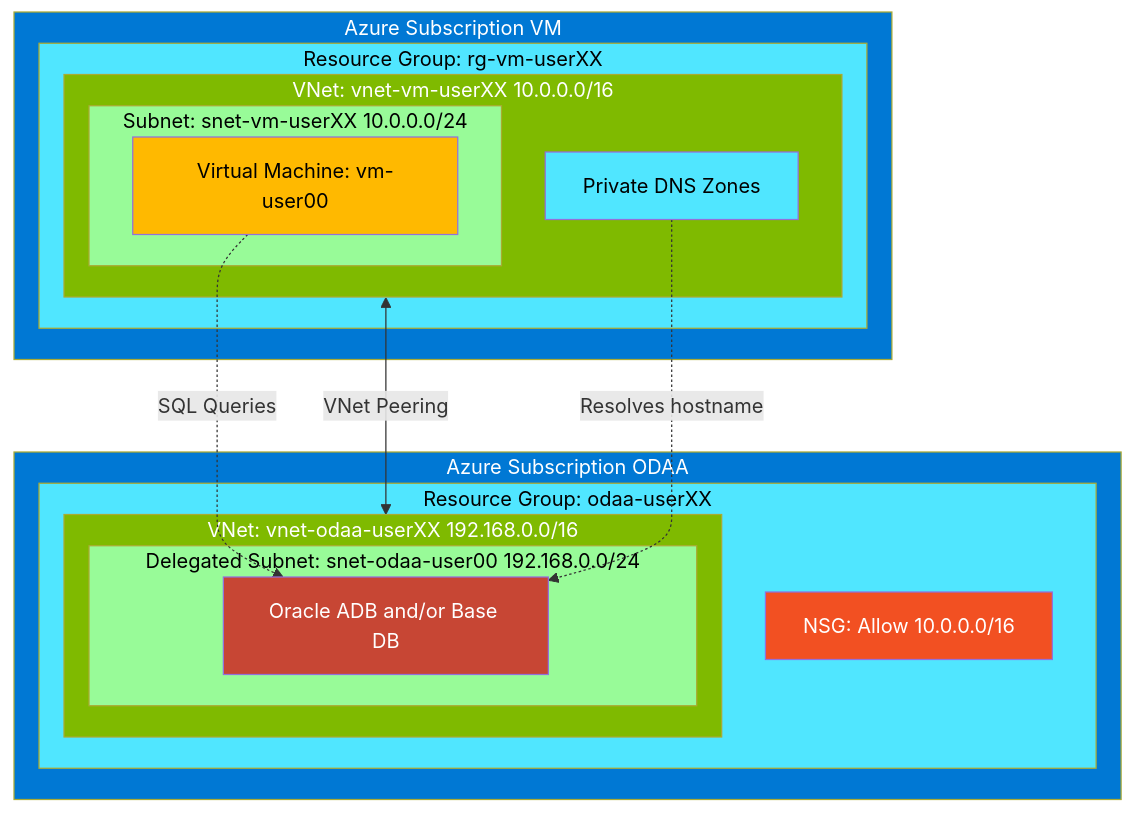
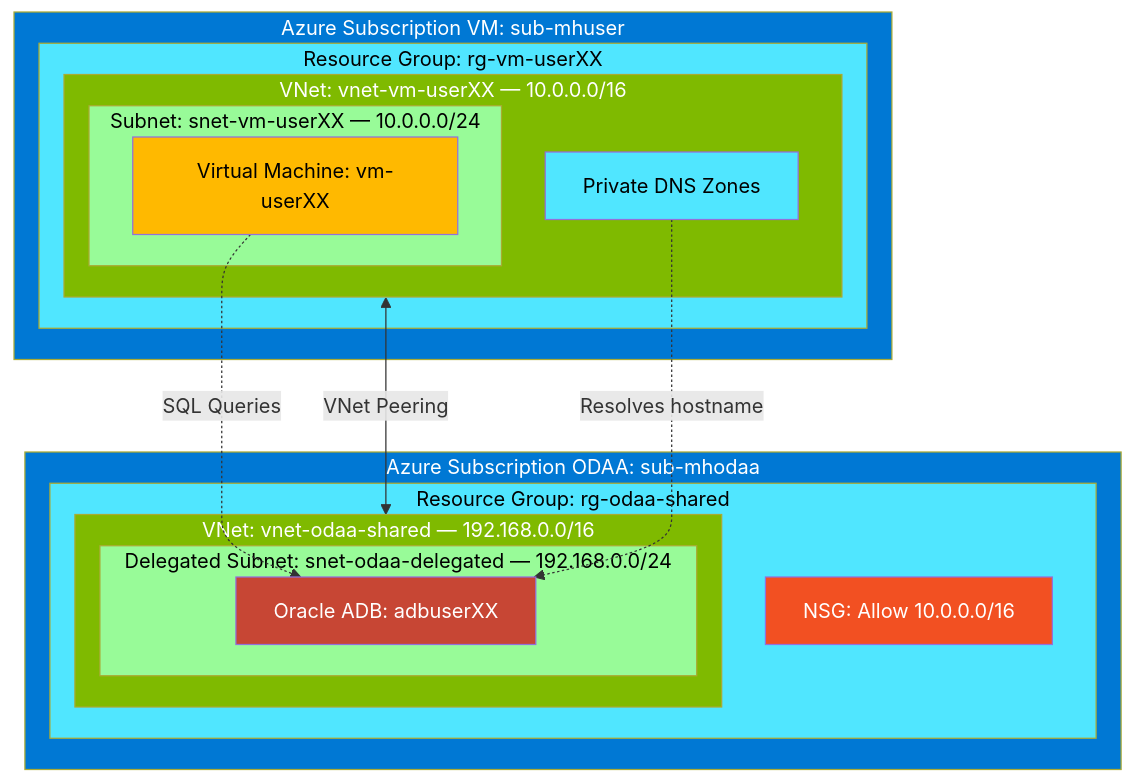
One commit to cpinotossi/msftmh changed the first of 3 diagrams in 03-Azure/01-03-Infrastructure/10_Oracle_on_Azure/README.md. Above: the diagram before and after it, drawn with Mermaid. The commit also changed other lines of this file, not shown here.

````diff
--- a/03-Azure/01-03-Infrastructure/10_Oracle_on_Azure/README.md
+++ b/03-Azure/01-03-Infrastructure/10_Oracle_on_Azure/README.md
@@ -30,41 +30,41 @@
 ```mermaid
 flowchart TB
-    subgraph VM_SUB[Azure Subscription VM]
-        subgraph VM_RG[Resource Group: rg-vm-userXX]
-            subgraph VM_VNET[VNet: vnet-vm-userXX 10.0.0.0/16]
-                subgraph VM_SUBNET[Subnet: snet-vm-userXX 10.0.0.0/24]
-                    VM[Virtual Machine: vm-user00]
+    subgraph VM_SUB["Azure Subscription VM: sub-mhuser"]
+        subgraph VM_RG["Resource Group: rg-vm-userXX"]
+            subgraph VM_VNET["VNet: vnet-vm-userXX — 10.0.0.0/16"]
+                subgraph VM_SUBNET["Subnet: snet-vm-userXX — 10.0.0.0/24"]
+                    VM["Virtual Machine: vm-userXX"]
                 end
-                DNS[Private DNS Zones]
+                DNS["Private DNS Zones"]
             end
         end
     end
 
-    subgraph ODAA_SUB[Azure Subscription ODAA]
-        subgraph ODAA_RG[Resource Group: odaa-userXX]
-            subgraph ODAA_VNET[VNet: vnet-odaa-userXX 192.168.0.0/16]
-                subgraph ODAA_SUBNET[Delegated Subnet: snet-odaa-user00 192.168.0.0/24]
-                    ADB[Oracle ADB and/or Base DB]
+    subgraph ODAA_SUB["Azure Subscription ODAA: sub-mhodaa"]
+        subgraph ODAA_RG["Resource Group: rg-odaa-shared"]
+            subgraph ODAA_VNET["VNet: vnet-odaa-shared — 192.168.0.0/16"]
+                subgraph ODAA_SUBNET["Delegated Subnet: snet-odaa-delegated — 192.168.0.0/24"]
+                    ADB["Oracle ADB: adbuserXX"]
                 end
             end
-            NSG[NSG: Allow 10.0.0.0/16]
+            NSG["NSG: Allow 10.0.0.0/16"]
         end
     end
 
     VM_VNET <-->|VNet Peering| ODAA_VNET
     VM -.->|SQL Queries| ADB
     DNS -.->|Resolves hostname| ADB
 
     style VM_SUB fill:#0078D4,color:#fff
     style VM_RG fill:#50E6FF,color:#000
     style VM_VNET fill:#7FBA00,color:#fff
     style VM_SUBNET fill:#98FB98,color:#000
     style ODAA_SUB fill:#0078D4,color:#fff
     style ODAA_RG fill:#50E6FF,color:#000
     style ODAA_VNET fill:#7FBA00,color:#fff
     style ODAA_SUBNET fill:#98FB98,color:#000
     style ADB fill:#C74634,color:#fff
     style VM fill:#FFB900,color:#000
     style DNS fill:#50E6FF,color:#000
     style NSG fill:#F25022,color:#fff
 ```
````
